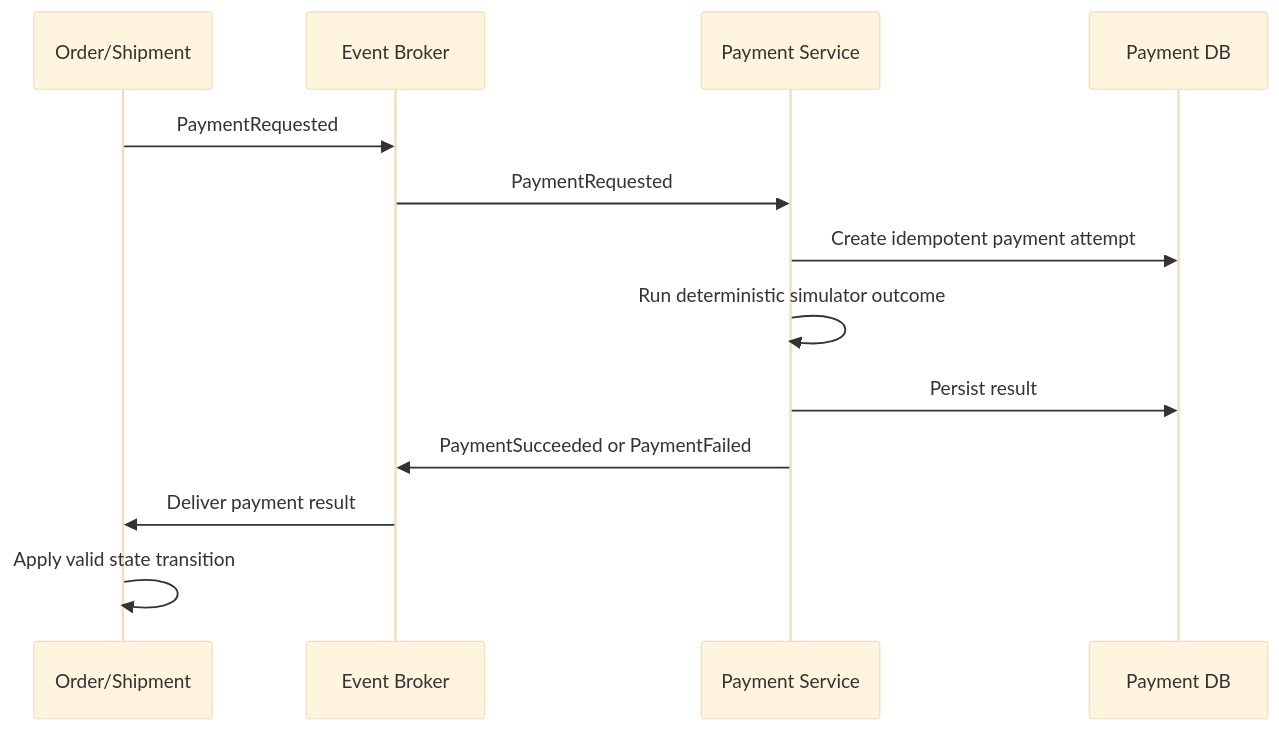
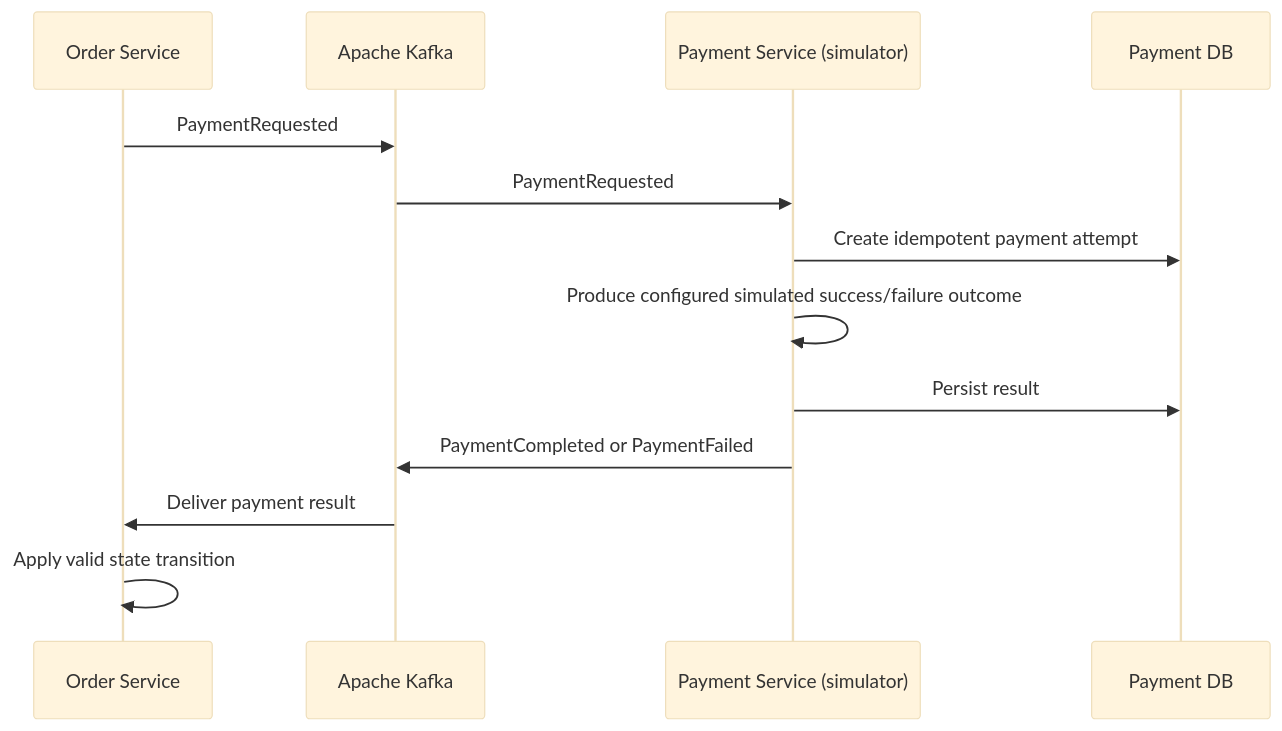
Before and after one commit to surajdavid/FleetPulse: the second of 5 diagrams in docs/03-low-level-design/sequence.diagram.md, drawn with Mermaid (base theme). The commit also changed other lines of this file and 16 other files, not shown here.

````diff
--- a/docs/03-low-level-design/sequence.diagram.md
+++ b/docs/03-low-level-design/sequence.diagram.md
@@ -34,15 +34,15 @@
 ```mermaid
 sequenceDiagram
-  participant OS as Order/Shipment
-  participant Broker as Event Broker
-  participant PS as Payment Service
+  participant OS as Order Service
+  participant Broker as Apache Kafka
+  participant PS as Payment Service (simulator)
   participant PDB as Payment DB
   OS->>Broker: PaymentRequested
   Broker->>PS: PaymentRequested
   PS->>PDB: Create idempotent payment attempt
-  PS->>PS: Run deterministic simulator outcome
+  PS->>PS: Produce configured simulated success/failure outcome
   PS->>PDB: Persist result
-  PS->>Broker: PaymentSucceeded or PaymentFailed
+  PS->>Broker: PaymentCompleted or PaymentFailed
   Broker->>OS: Deliver payment result
   OS->>OS: Apply valid state transition
 ```
````
